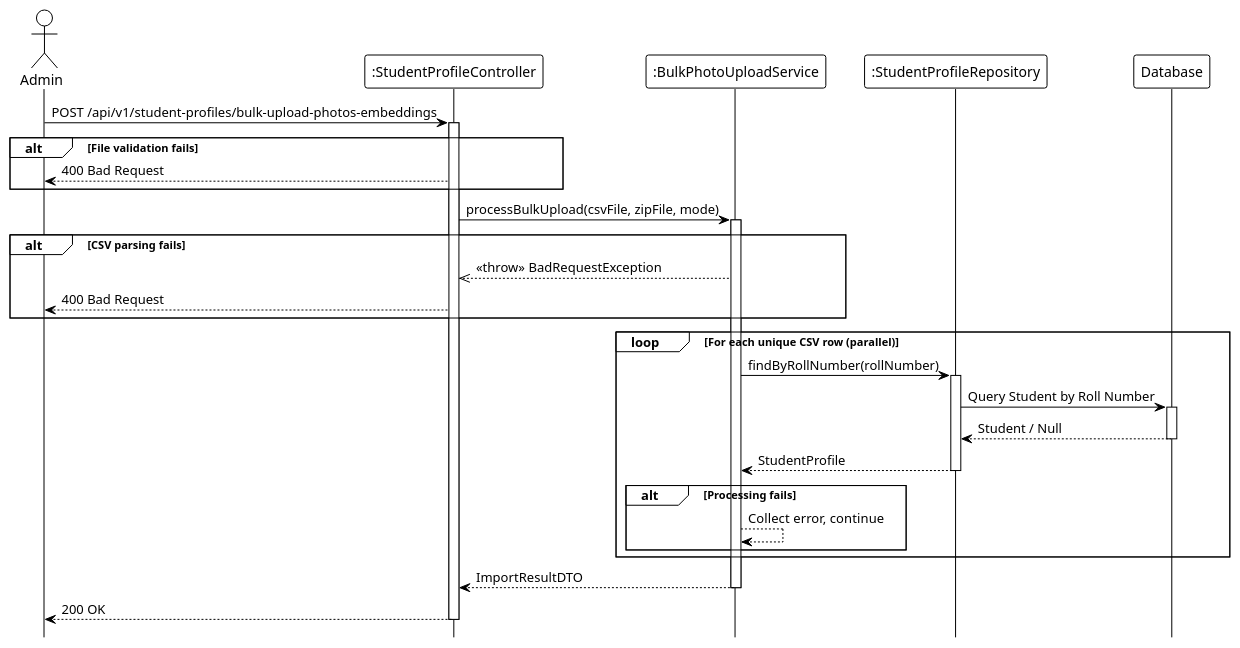
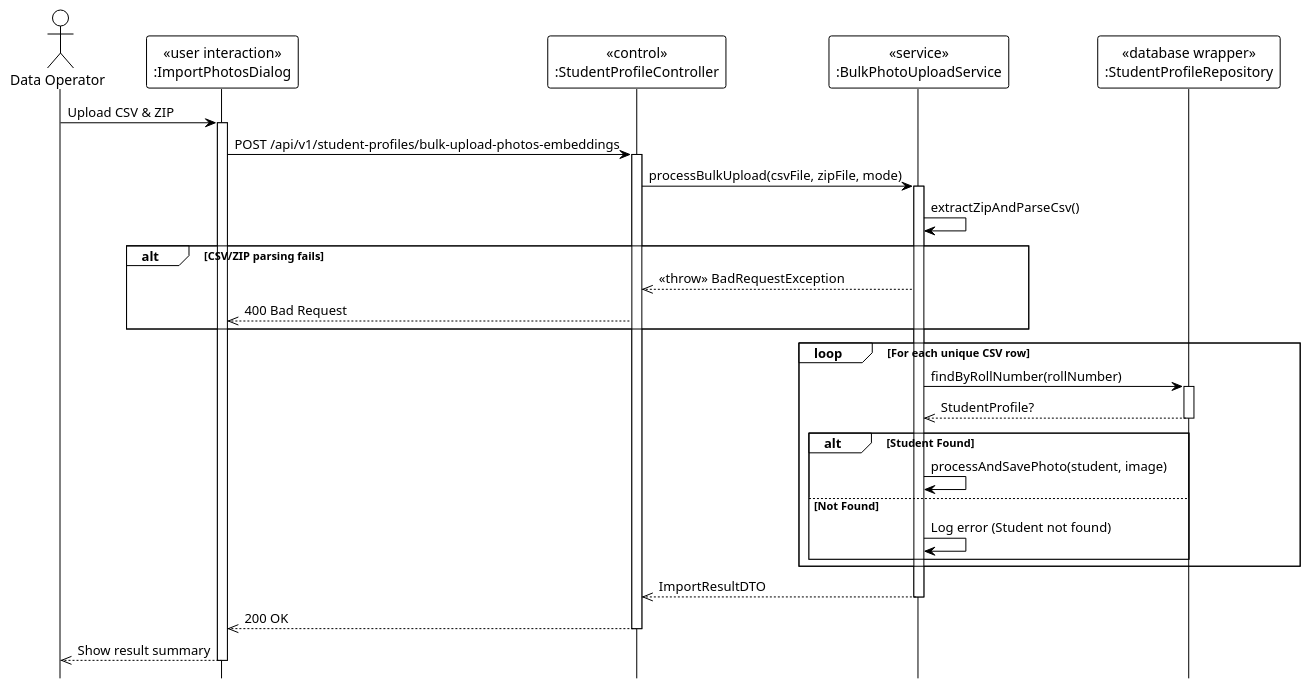
Before and after one commit to Ndh474/context: the diagram in system_detailed_design/48_import_student_photos/sequence_diagram_import_student_photos.puml, drawn with PlantUML. The commit also changed 8 other files, not shown here.

Commit message:
docs: Add PlantUML sequence and class diagrams for various student management system detailed designs.

```diff
--- a/system_detailed_design/48_import_student_photos/sequence_diagram_import_student_photos.puml
+++ b/system_detailed_design/48_import_student_photos/sequence_diagram_import_student_photos.puml
@@ -1,61 +1,54 @@
 @startuml import_student_photos
 !theme plain
 hide footbox
 
-actor Admin
-participant ":StudentProfileController" as Controller
-participant ":BulkPhotoUploadService" as Service
-participant ":StudentProfileRepository" as Repository
-participant "Database" as DB
+actor "Data Operator" as Admin
+
+participant "«user interaction»\n:ImportPhotosDialog" as UI
+participant "«control»\n:StudentProfileController" as Controller
+participant "«service»\n:BulkPhotoUploadService" as Service
+participant "«database wrapper»\n:StudentProfileRepository" as Repository
 
 ' --- MAIN FLOW ---
-Admin -> Controller: POST /api/v1/student-profiles/bulk-upload-photos-embeddings
+Admin -> UI: Upload CSV & ZIP
+activate UI
+
+UI -> Controller: POST /api/v1/student-profiles/bulk-upload-photos-embeddings
 activate Controller
-
-' File validation (internal)
-
-alt File validation fails
-    Controller --> Admin: 400 Bad Request
-end
 
 Controller -> Service: processBulkUpload(csvFile, zipFile, mode)
 activate Service
 
-' Extract ZIP and parse CSV (internal)
+' Internal: Extract ZIP & Parse CSV
+Service -> Service: extractZipAndParseCsv()
 
-alt CSV parsing fails
+alt CSV/ZIP parsing fails
     Service -->> Controller: <<throw>> BadRequestException
-    Controller --> Admin: 400 Bad Request
+    Controller -->> UI: 400 Bad Request
 end
 
-' --- PARALLEL PROCESSING LOOP ---
-loop For each unique CSV row (parallel)
+' --- PROCESSING LOOP ---
+loop For each unique CSV row
     Service -> Repository: findByRollNumber(rollNumber)
     activate Repository
-    
-    Repository -> DB: Query Student by Roll Number
-    activate DB
-    DB --> Repository: Student / Null
-    deactivate DB
-    
-    Repository --> Service: StudentProfile
+    Repository -->> Service: StudentProfile?
     deactivate Repository
     
-    ' Validation and processing (internal: image validation, mode check, save photo, generate embedding, save embedding)
-    
-    alt Processing fails
-        Service --> Service: Collect error, continue
+    alt Student Found
+        ' Internal: Process image -> Upload -> Generate Embedding -> Save
+        Service -> Service: processAndSavePhoto(student, image)
+    else Not Found
+         Service -> Service: Log error (Student not found)
     end
 end
 
-' Cleanup temp directory (internal)
-
-' Build result with success/failure counts (internal)
-
-Service --> Controller: ImportResultDTO
+Service -->> Controller: ImportResultDTO
 deactivate Service
 
-Controller --> Admin: 200 OK
+Controller -->> UI: 200 OK
 deactivate Controller
 
+UI -->> Admin: Show result summary
+deactivate UI
+
 @enduml
```
